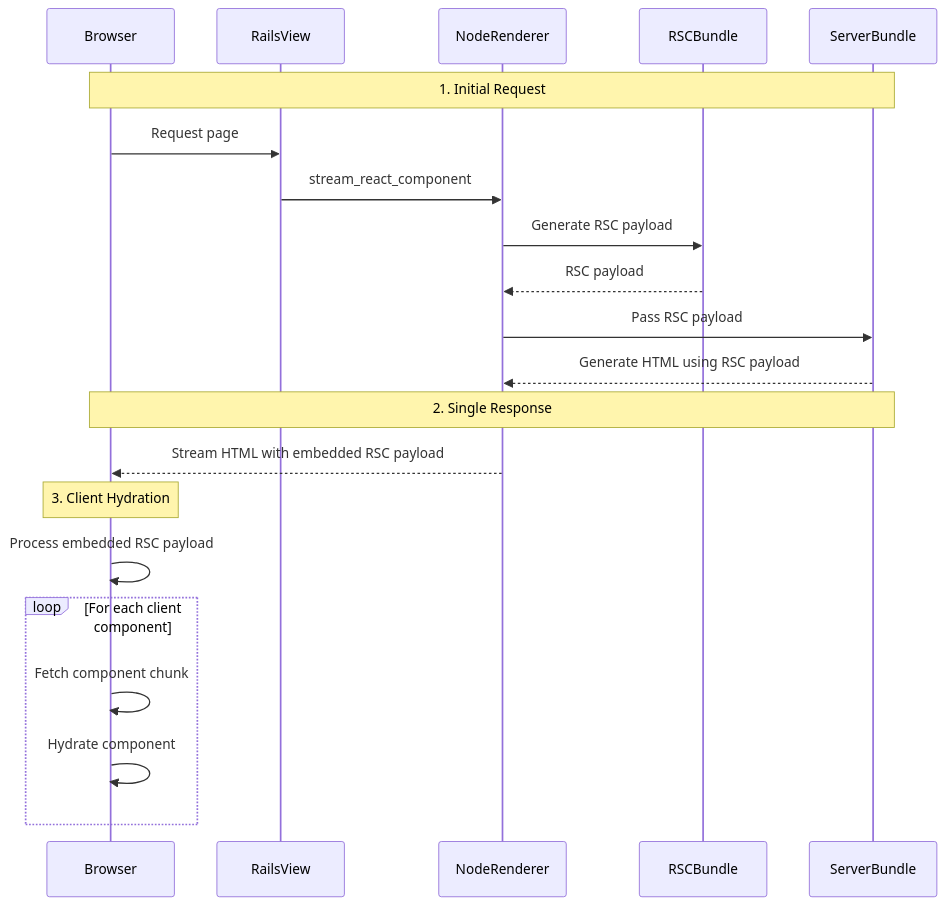
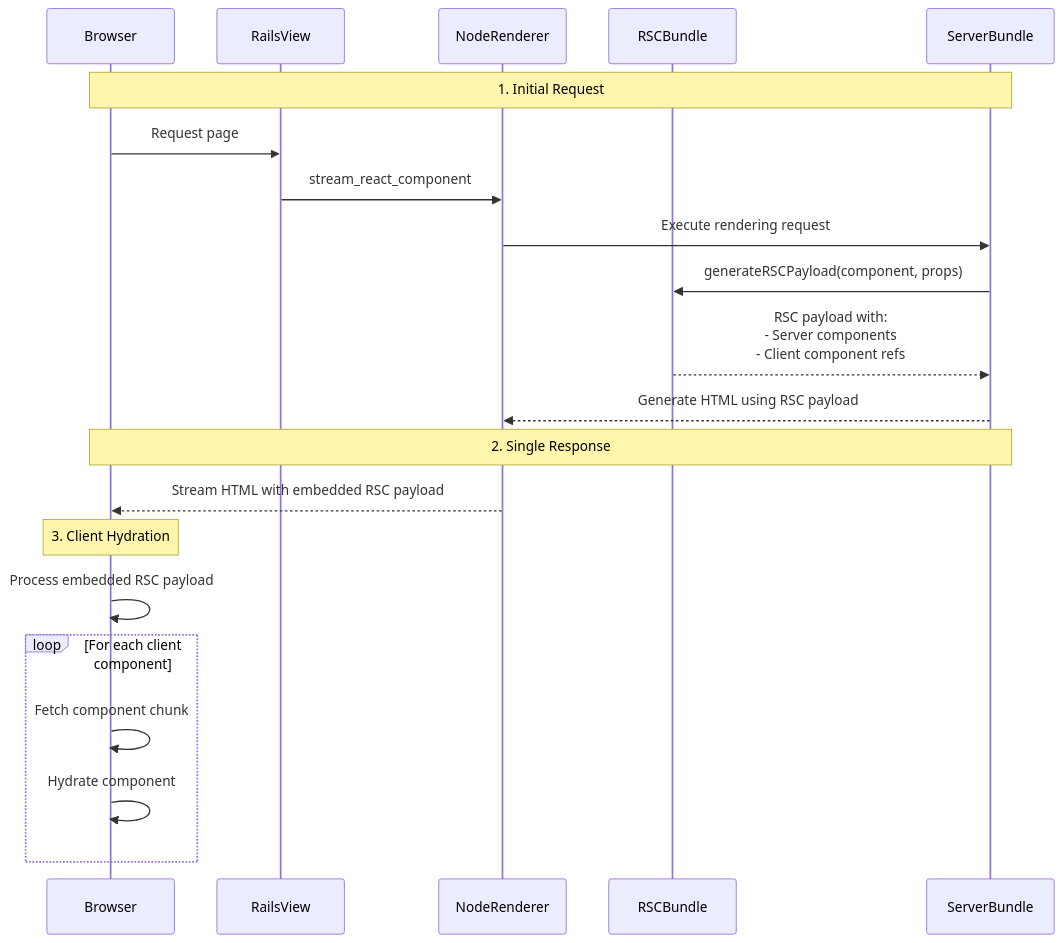
Before and after one commit to shakacode/react_on_rails: the diagram in react_on_rails_pro/docs/react-server-components-rendering-flow.md, drawn with Mermaid. The commit also changed other lines of this file and 103 other files, not shown here.

First line of the commit message:
Use RSC payload to render server components on server (#515)

````diff
--- a/react_on_rails_pro/docs/react-server-components-rendering-flow.md
+++ b/react_on_rails_pro/docs/react-server-components-rendering-flow.md
@@ -114,26 +57,26 @@
 ```mermaid
 sequenceDiagram
     participant Browser
     participant RailsView
     participant NodeRenderer
     participant RSCBundle
     participant ServerBundle
     
     Note over Browser,ServerBundle: 1. Initial Request
     Browser->>RailsView: Request page
     RailsView->>NodeRenderer: stream_react_component
-    NodeRenderer->>RSCBundle: Generate RSC payload
-    RSCBundle-->>NodeRenderer: RSC payload
-    NodeRenderer->>ServerBundle: Pass RSC payload
+    NodeRenderer->>ServerBundle: Execute rendering request
+    ServerBundle->>RSCBundle: generateRSCPayload(component, props)
+    RSCBundle-->>ServerBundle: RSC payload with:<br/>- Server components<br/>- Client component refs
     ServerBundle-->>NodeRenderer: Generate HTML using RSC payload
     
     Note over Browser,ServerBundle: 2. Single Response
     NodeRenderer-->>Browser: Stream HTML with embedded RSC payload
     
     Note over Browser: 3. Client Hydration
     Browser->>Browser: Process embedded RSC payload
     loop For each client component
         Browser->>Browser: Fetch component chunk
         Browser->>Browser: Hydrate component
     end
 ```
````
